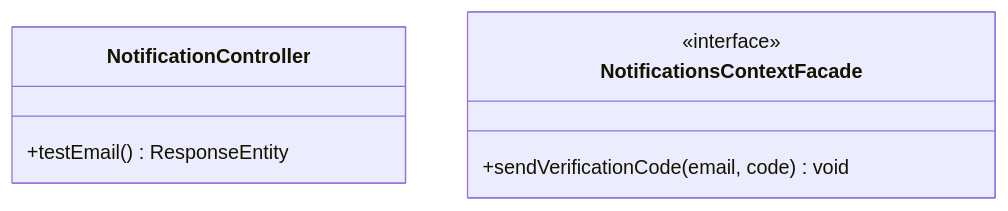
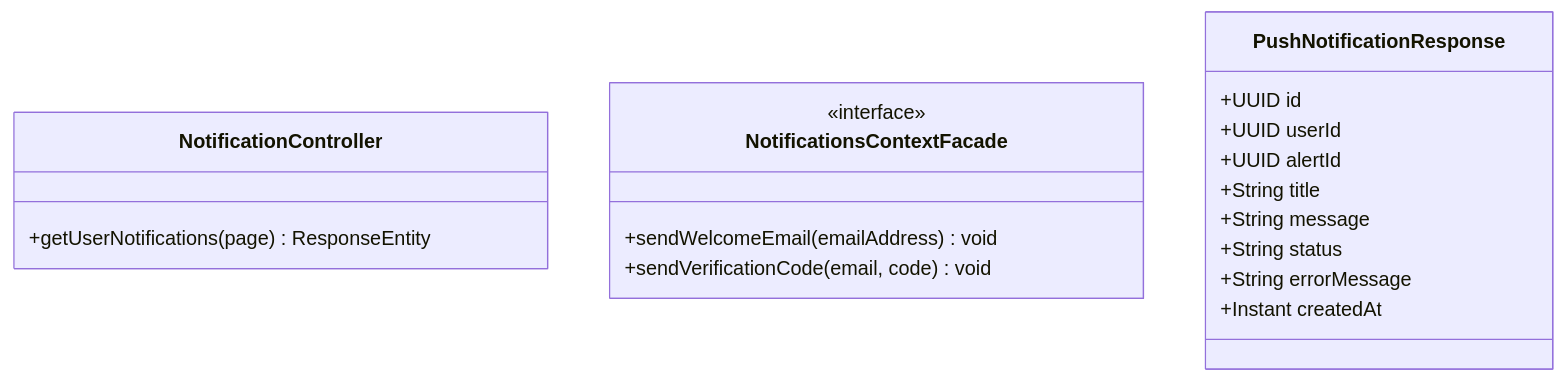
One commit to Vanana-Desarrollo-de-Soluciones-IOT/c4-diagrams changed the second of 5 diagrams in class-diagrams/backend/notifications-bc.md. Above: the diagram before and after it, drawn with Mermaid. The commit also changed other lines of this file and 5 other files, not shown here.

Commit message:
Refactor notifications backend: Update NotificationController, add PushNotificationResponse, and implement PushNotificationHistoryQueryService

````diff
--- a/class-diagrams/backend/notifications-bc.md
+++ b/class-diagrams/backend/notifications-bc.md
@@ -152,10 +184,21 @@
 ```mermaid
 classDiagram
 class NotificationController {
-    +testEmail() ResponseEntity
+    +getUserNotifications(page) ResponseEntity
 }
 class NotificationsContextFacade {
     <<interface>>
+    +sendWelcomeEmail(emailAddress) void
     +sendVerificationCode(email, code) void
 }
+class PushNotificationResponse {
+    +UUID id
+    +UUID userId
+    +UUID alertId
+    +String title
+    +String message
+    +String status
+    +String errorMessage
+    +Instant createdAt
+}
 ```
````
